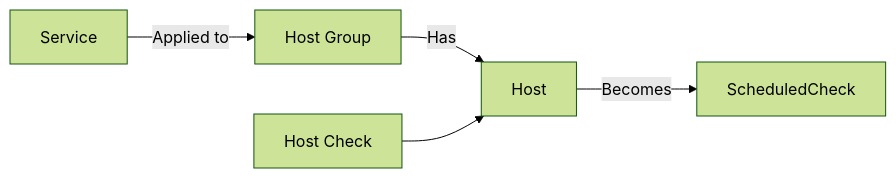
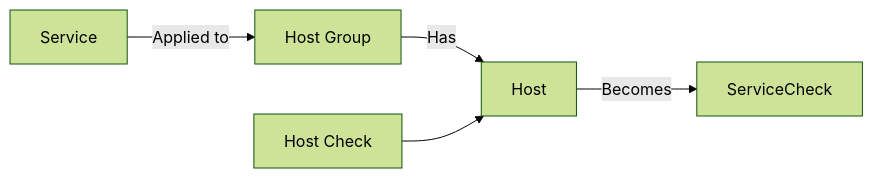
One commit to yaleman/maremma changed the first of 2 diagrams in docs/src/objects.md. Above: the diagram before and after it, drawn with Mermaid (forest theme). The commit also changed 4 other files, not shown here.

````diff
--- a/docs/src/objects.md
+++ b/docs/src/objects.md
@@ -3,11 +3,11 @@
 ```mermaid
 flowchart LR;
 
 Group["Host Group"] -- Has --> Host;
 Service -- "Applied to" --> Group;
 
 HostCheck["Host Check"] --> Host;
 
-Host -- "Becomes" --> ScheduledCheck
+Host -- "Becomes" --> ServiceCheck
 
 ```
````
